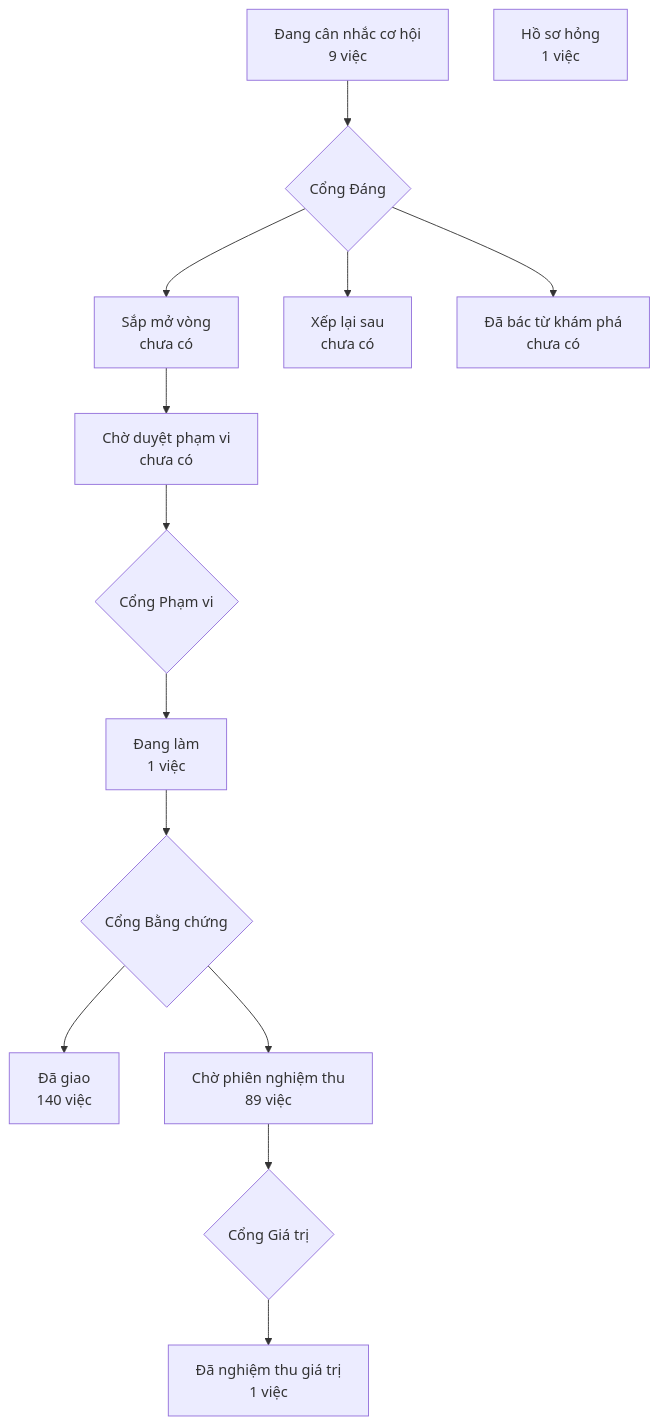
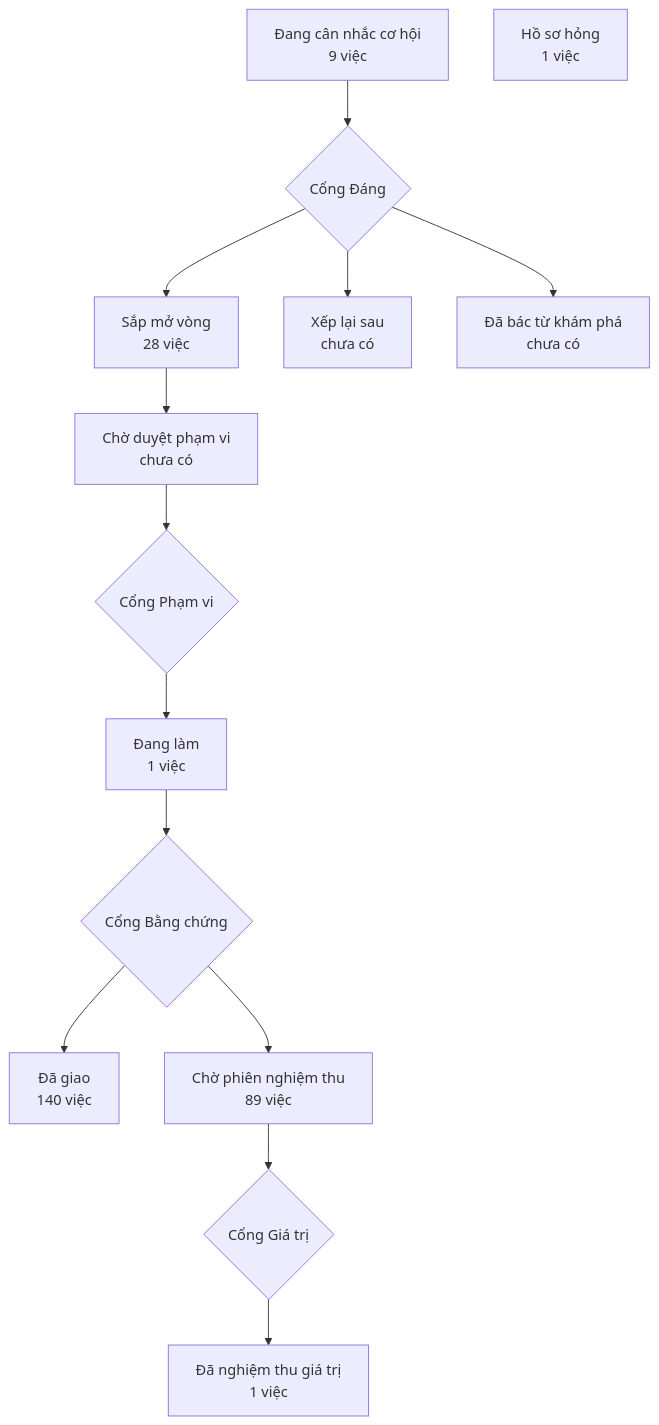
The diagram in PRODUCT-MAP.md (phanlemanh/crm-onehub), drawn with Mermaid before and after one commit. The commit also changed other lines of this file and 1 other file, not shown here.

````diff
--- a/PRODUCT-MAP.md
+++ b/PRODUCT-MAP.md
@@ -7,13 +7,13 @@
 ```mermaid
 flowchart TD
   A["Đang cân nhắc cơ hội<br/>9 việc"] --> GD{"Cổng Đáng"}
-  GD --> B["Sắp mở vòng<br/>chưa có"]
+  GD --> B["Sắp mở vòng<br/>28 việc"]
   GD --> XL["Xếp lại sau<br/>chưa có"]
   GD --> DB["Đã bác từ khám phá<br/>chưa có"]
   B --> CD["Chờ duyệt phạm vi<br/>chưa có"] --> GP{"Cổng Phạm vi"}
   GP --> DL["Đang làm<br/>1 việc"] --> GB{"Cổng Bằng chứng"}
   GB --> DG["Đã giao<br/>140 việc"]
   GB --> CN["Chờ phiên nghiệm thu<br/>89 việc"] --> GG{"Cổng Giá trị"}
   GG --> NT["Đã nghiệm thu giá trị<br/>1 việc"]
   HS["Hồ sơ hỏng<br/>1 việc"]
 ```
````
